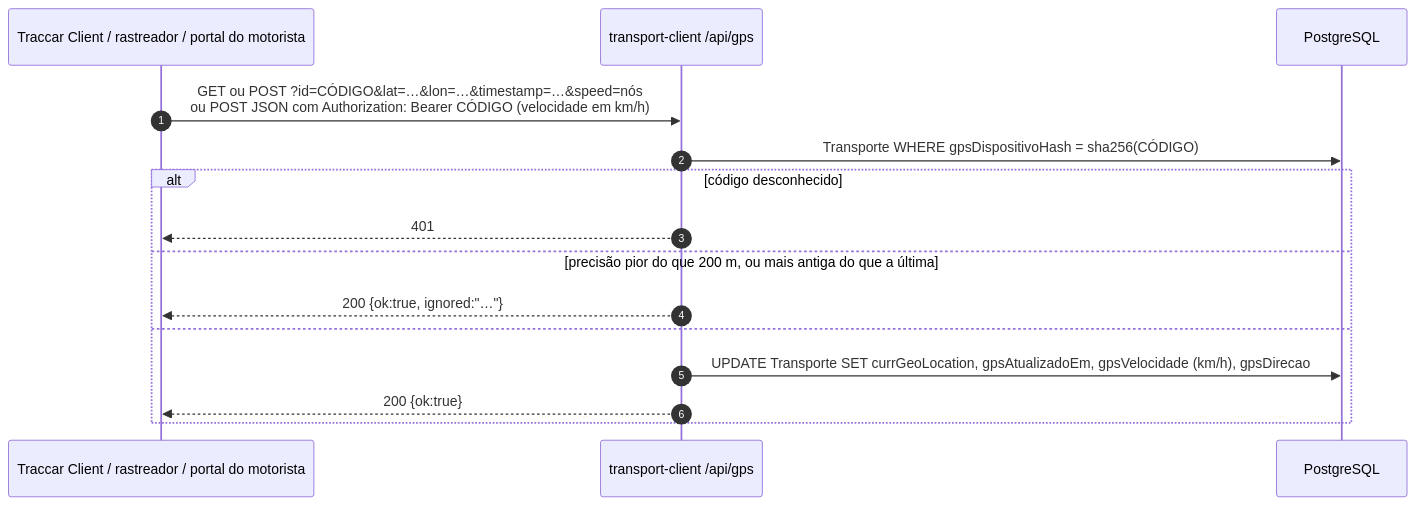
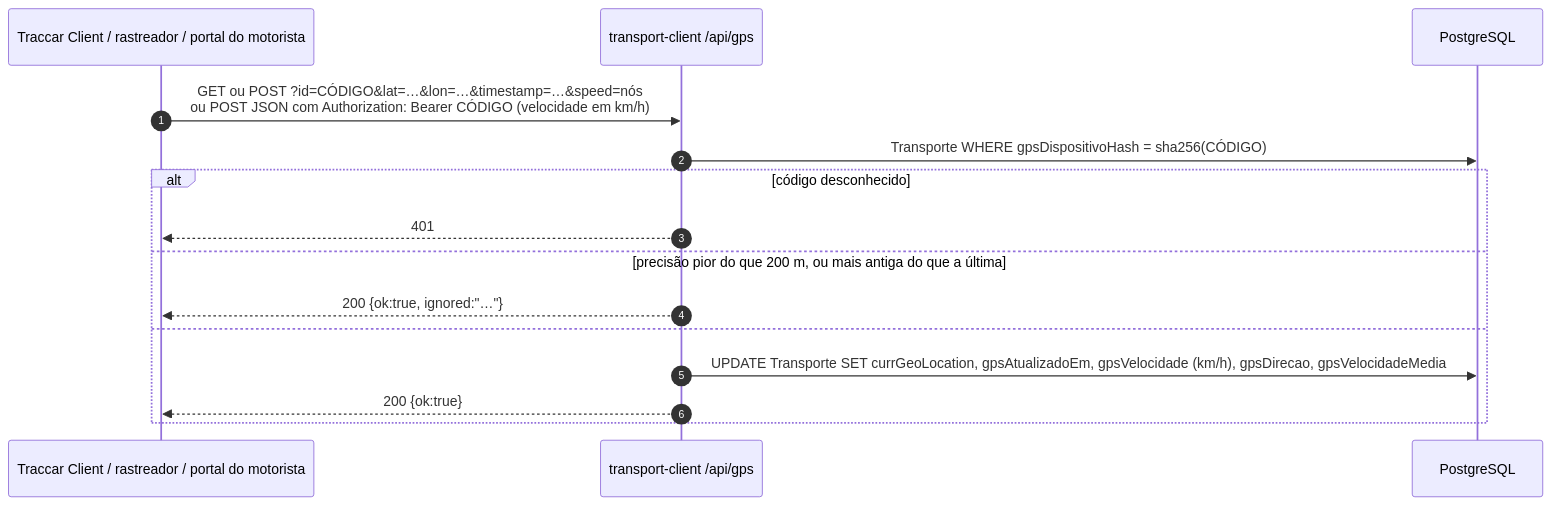
The eighth of 9 diagrams in docs/fluxos-de-dados.md (transportmozambique/Transport-Mozambique), drawn with Mermaid before and after one commit. The commit also changed other lines of this file and 16 other files, not shown here.

````diff
--- a/docs/fluxos-de-dados.md
+++ b/docs/fluxos-de-dados.md
@@ -332,17 +332,17 @@
 ```mermaid
 sequenceDiagram
   autonumber
   participant G as Traccar Client / rastreador / portal do motorista
   participant C as transport-client /api/gps
   participant DB as PostgreSQL
   G->>C: GET ou POST ?id=CÓDIGO&lat=…&lon=…&timestamp=…&speed=nós<br/>ou POST JSON com Authorization: Bearer CÓDIGO (velocidade em km/h)
   C->>DB: Transporte WHERE gpsDispositivoHash = sha256(CÓDIGO)
   alt código desconhecido
     C-->>G: 401
   else precisão pior do que 200 m, ou mais antiga do que a última
     C-->>G: 200 {ok:true, ignored:"…"}
   else
-    C->>DB: UPDATE Transporte SET currGeoLocation, gpsAtualizadoEm, gpsVelocidade (km/h), gpsDirecao
+    C->>DB: UPDATE Transporte SET currGeoLocation, gpsAtualizadoEm, gpsVelocidade (km/h), gpsDirecao, gpsVelocidadeMedia
     C-->>G: 200 {ok:true}
   end
 ```
````
